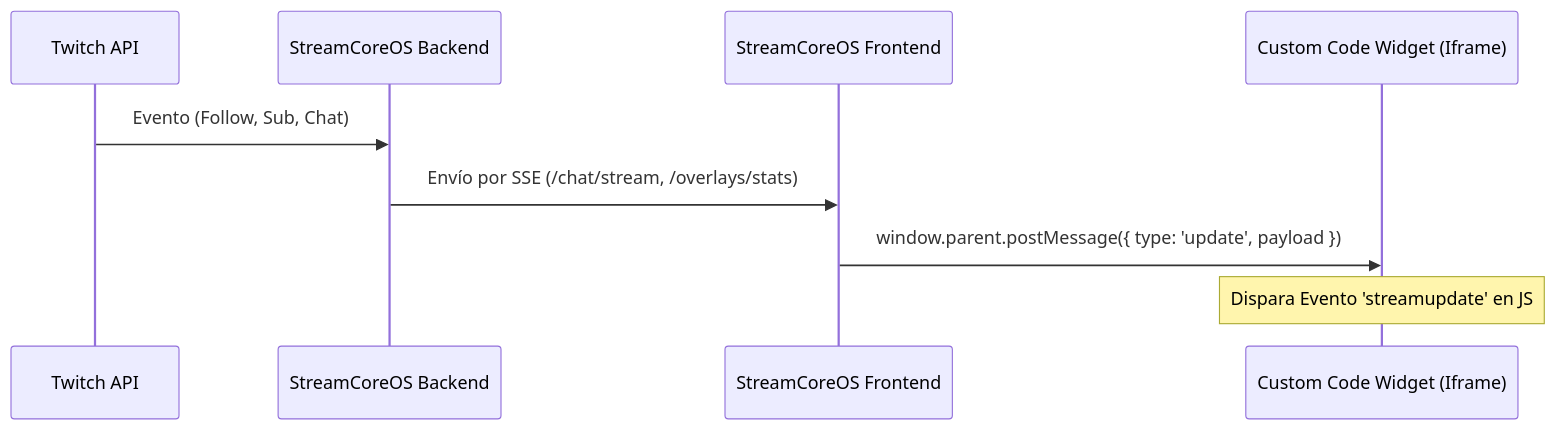
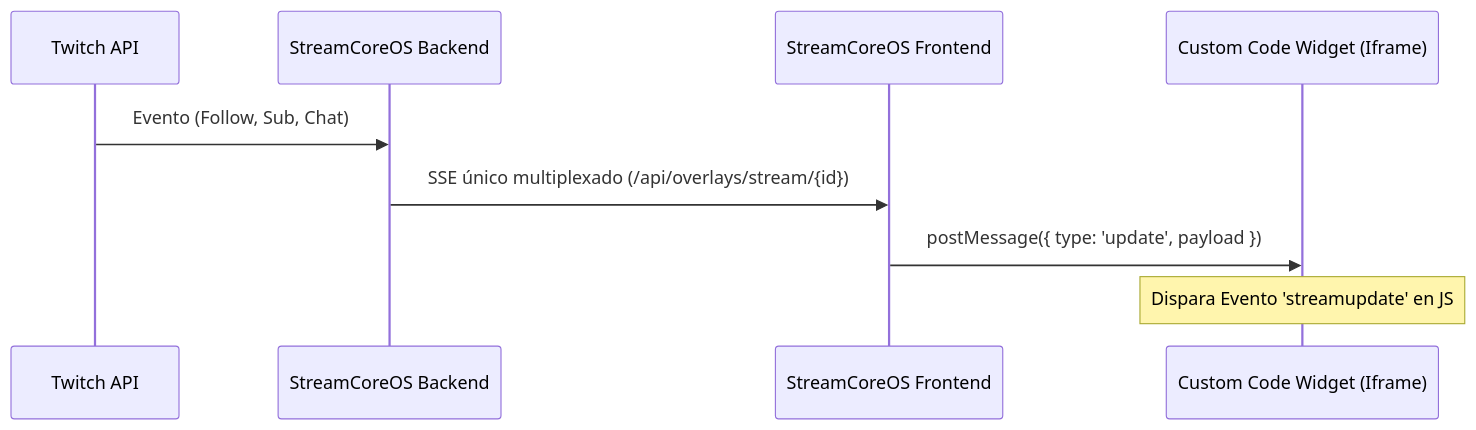
Before and after one commit to theanibalos/StreamCoreOS-Front: the diagram in guia_construccion_overlays.md, drawn with Mermaid. The commit also changed other lines of this file and 13 other files, not shown here.

First line of the commit message:
feat(overlays): enhance widget system with needs tracking and data source integration

````diff
--- a/guia_construccion_overlays.md
+++ b/guia_construccion_overlays.md
@@ -13,12 +13,12 @@
 ```mermaid
 sequenceDiagram
     participant Twitch API
     participant StreamCoreOS Backend
     participant StreamCoreOS Frontend
     participant Custom Code Widget (Iframe)
 
     Twitch API->>StreamCoreOS Backend: Evento (Follow, Sub, Chat)
-    StreamCoreOS Backend->>StreamCoreOS Frontend: Envío por SSE (/chat/stream, /overlays/stats)
-    StreamCoreOS Frontend->>Custom Code Widget (Iframe): window.parent.postMessage({ type: 'update', payload })
+    StreamCoreOS Backend->>StreamCoreOS Frontend: SSE único multiplexado (/api/overlays/stream/{id})
+    StreamCoreOS Frontend->>Custom Code Widget (Iframe): postMessage({ type: 'update', payload })
     Note over Custom Code Widget (Iframe): Dispara Evento 'streamupdate' en JS
 ```
````
